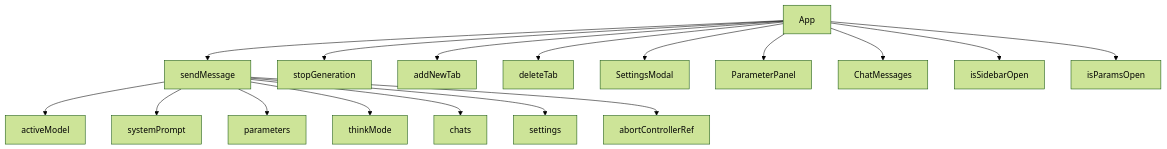
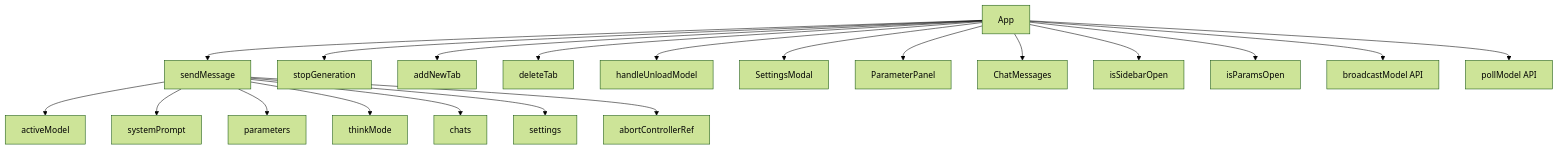
One commit to DovahkiinYuzuko/ddo-saba changed the diagram in docs/variables'n'functions/[TypeScript]app.md. Above: the diagram before and after it, drawn with Mermaid (forest theme). The commit also changed other lines of this file and 6 other files, not shown here.

````diff
--- a/docs/variables'n'functions/[TypeScript]app.md
+++ b/docs/variables'n'functions/[TypeScript]app.md
@@ -142,21 +141,25 @@
 ```mermaid
 graph TD
     App --> sendMessage
     App --> stopGeneration
     App --> addNewTab
     App --> deleteTab
+    App --> handleUnloadModel
     App --> SettingsModal
     App --> ParameterPanel
     App --> ChatMessages
 
     App --> isSidebarOpen
     App --> isParamsOpen
+
+    App --> broadcastModel[broadcastModel API]
+    App --> pollModel[pollModel API]
 
     sendMessage --> activeModel
     sendMessage --> systemPrompt
     sendMessage --> parameters
     sendMessage --> thinkMode
     sendMessage --> chats
     sendMessage --> settings
     sendMessage --> abortControllerRef
 ```
````
